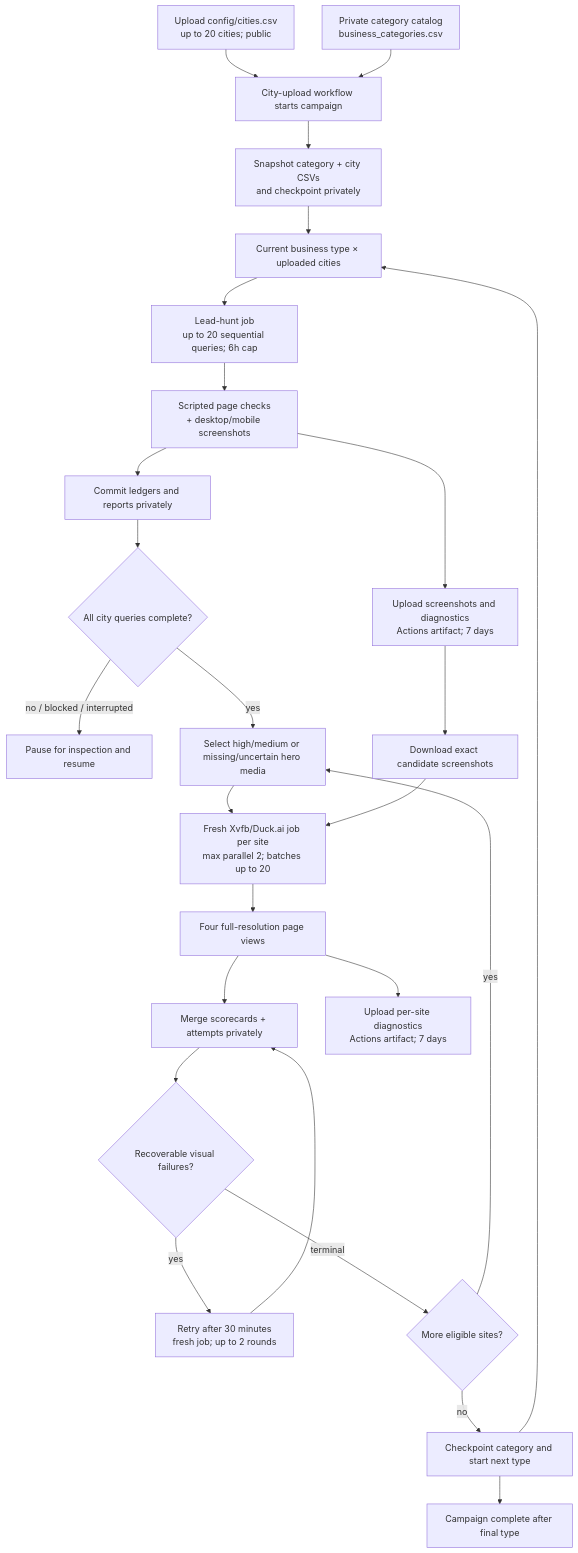
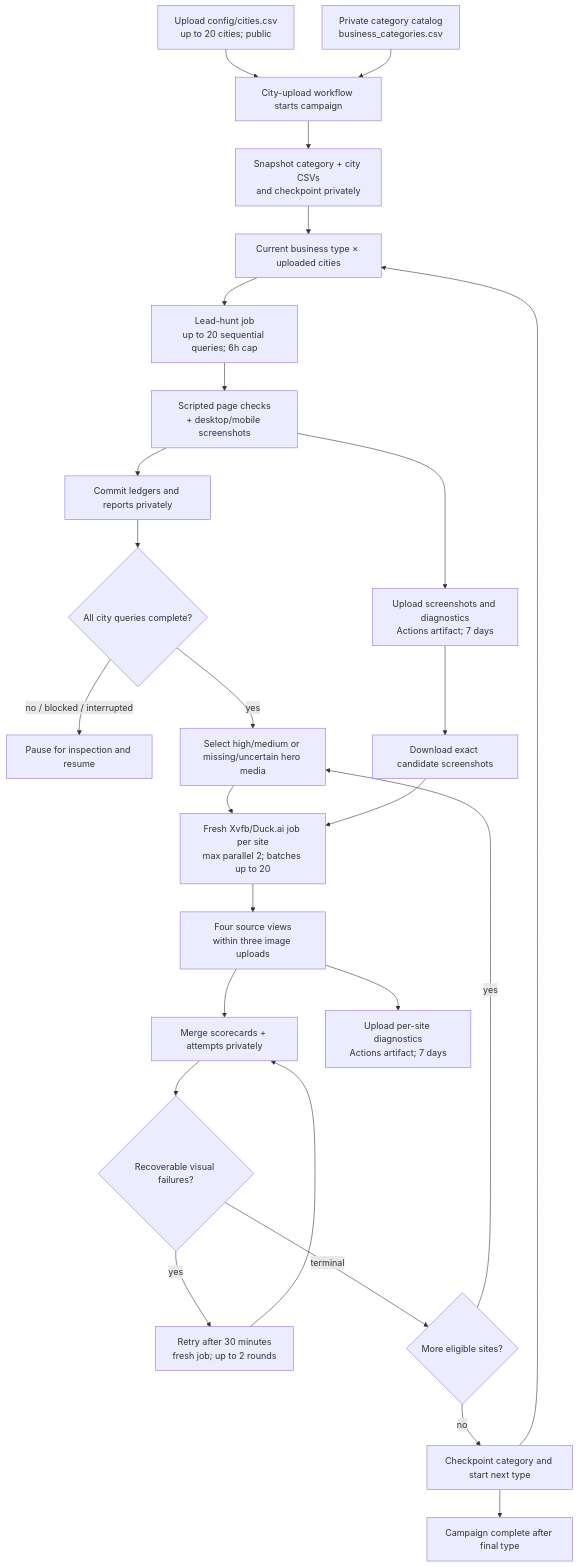
The diagram in README.md (hometownredesignsites/website-lead-hunting), drawn with Mermaid before and after one commit. The commit also changed other lines of this file and 4 other files, not shown here.

Commit message:
Respect Duck.ai three-image attachment limit

````diff
--- a/README.md
+++ b/README.md
@@ -32,28 +32,28 @@
 ```mermaid
 flowchart TD
     A[Upload config/cities.csv<br/>up to 20 cities; public] --> B[City-upload workflow starts campaign]
     C[Private category catalog<br/>business_categories.csv] --> B
     B --> D[Snapshot category + city CSVs<br/>and checkpoint privately]
     D --> E[Current business type × uploaded cities]
     E --> F[Lead-hunt job<br/>up to 20 sequential queries; 6h cap]
     F --> G[Scripted page checks<br/>+ desktop/mobile screenshots]
     G --> H[Commit ledgers and reports privately]
     G --> I[Upload screenshots and diagnostics<br/>Actions artifact; 7 days]
     H --> J{All city queries complete?}
     J -- no / blocked / interrupted --> K[Pause for inspection and resume]
     J -- yes --> L[Select high/medium or missing/uncertain hero media]
     I --> M[Download exact candidate screenshots]
     L --> N[Fresh Xvfb/Duck.ai job per site<br/>max parallel 2; batches up to 20]
     M --> N
-    N --> O[Four full-resolution page views]
+    N --> O[Four source views<br/>within three image uploads]
     O --> P[Merge scorecards + attempts privately]
     O --> Q[Upload per-site diagnostics<br/>Actions artifact; 7 days]
     P --> R{Recoverable visual failures?}
     R -- yes --> S[Retry after 30 minutes<br/>fresh job; up to 2 rounds]
     S --> P
     R -- terminal --> T{More eligible sites?}
     T -- yes --> L
     T -- no --> U[Checkpoint category and start next type]
     U --> E
     U --> V[Campaign complete after final type]
 ```
````
